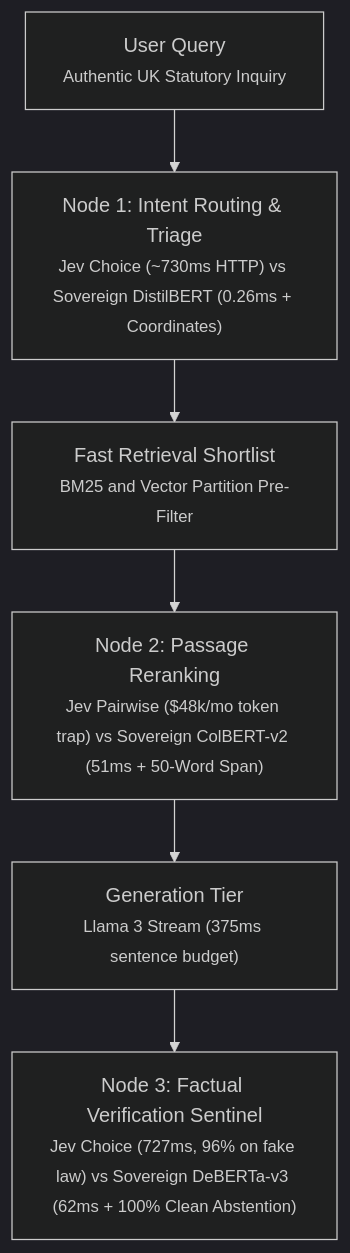
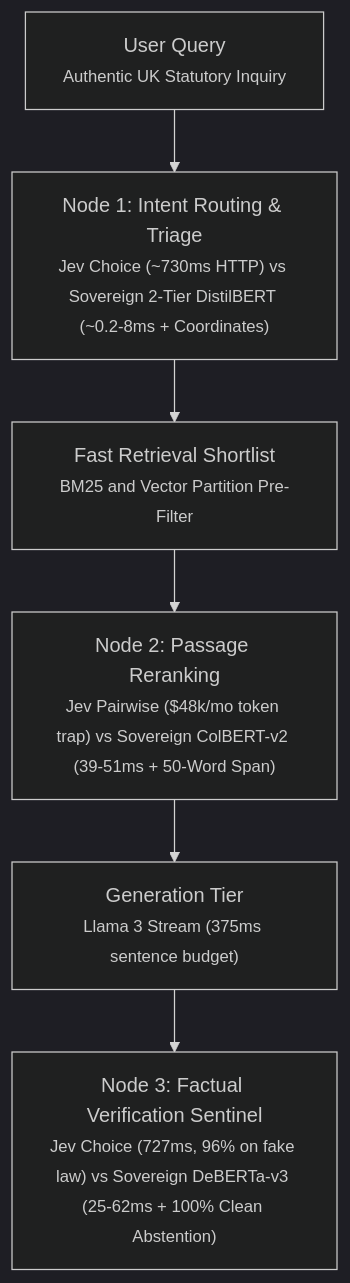
One commit to azterizm/jev-vs-sovereign-benchmark changed the diagram in README.md. Above: the diagram before and after it, drawn with Mermaid (dark theme). The commit also changed other lines of this file and 14 other files, not shown here.

First line of the commit message:
feat(models): upgrade to official colbert-v2 and 2-tier distilbert architecture

````diff
--- a/README.md
+++ b/README.md
@@ -10,8 +10,8 @@
 ```mermaid
 flowchart TD
-    UQ["User Query<br/><small>Authentic UK Statutory Inquiry</small>"] --> N1["Node 1: Intent Routing & Triage<br/><small>Jev Choice (~730ms HTTP) vs Sovereign DistilBERT (0.26ms + Coordinates)</small>"]
+    UQ["User Query<br/><small>Authentic UK Statutory Inquiry</small>"] --> N1["Node 1: Intent Routing & Triage<br/><small>Jev Choice (~730ms HTTP) vs Sovereign 2-Tier DistilBERT (~0.2-8ms + Coordinates)</small>"]
     N1 --> BM["Fast Retrieval Shortlist<br/><small>BM25 and Vector Partition Pre-Filter</small>"]
-    BM --> N2["Node 2: Passage Reranking<br/><small>Jev Pairwise ($48k/mo token trap) vs Sovereign ColBERT-v2 (51ms + 50-Word Span)</small>"]
+    BM --> N2["Node 2: Passage Reranking<br/><small>Jev Pairwise ($48k/mo token trap) vs Sovereign ColBERT-v2 (39-51ms + 50-Word Span)</small>"]
     N2 --> GEN["Generation Tier<br/><small>Llama 3 Stream (375ms sentence budget)</small>"]
-    GEN --> N3["Node 3: Factual Verification Sentinel<br/><small>Jev Choice (727ms, 96% on fake law) vs Sovereign DeBERTa-v3 (62ms + 100% Clean Abstention)</small>"]
+    GEN --> N3["Node 3: Factual Verification Sentinel<br/><small>Jev Choice (727ms, 96% on fake law) vs Sovereign DeBERTa-v3 (25-62ms + 100% Clean Abstention)</small>"]
 ```
````
